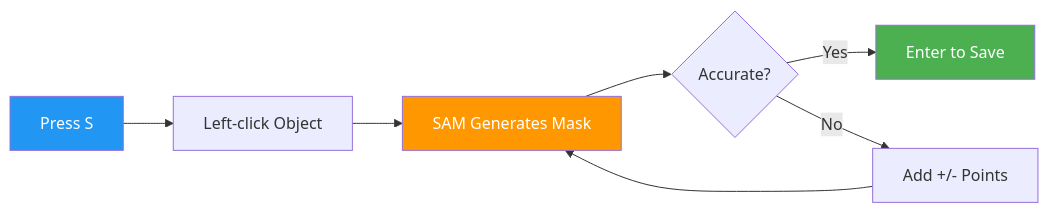
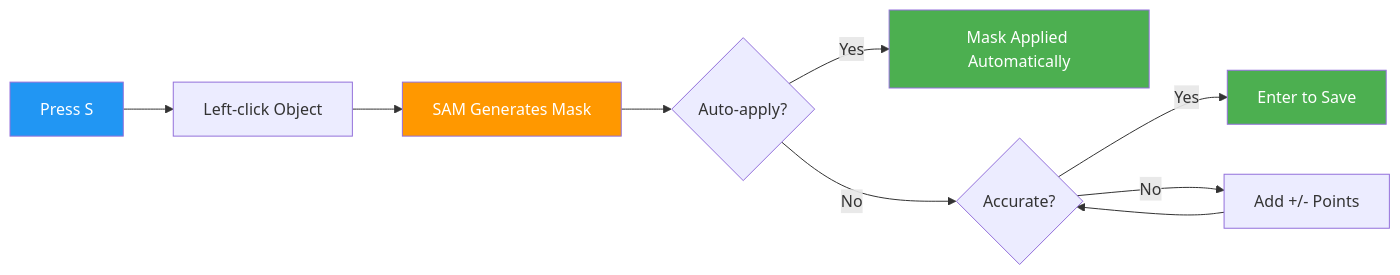
The third of 3 diagrams in docs/en/platform/data/annotation.md (ultralytics/ultralytics), drawn with Mermaid before and after one commit. The commit also changed other lines of this file, not shown here.

````diff
--- a/docs/en/platform/data/annotation.md
+++ b/docs/en/platform/data/annotation.md
@@ -239,13 +239,16 @@
 ```mermaid
 graph LR
     A[Press S] --> B[Left-click Object]
     B --> C[SAM Generates Mask]
-    C --> D{Accurate?}
-    D -->|Yes| E[Enter to Save]
-    D -->|No| F[Add +/- Points]
-    F --> C
+    C --> D{Auto-apply?}
+    D -->|Yes| E[Mask Applied Automatically]
+    D -->|No| F{Accurate?}
+    F -->|Yes| G[Enter to Save]
+    F -->|No| H[Add +/- Points]
+    H --> F
 
     style A fill:#2196F3,color:#fff
     style C fill:#FF9800,color:#fff
     style E fill:#4CAF50,color:#fff
+    style G fill:#4CAF50,color:#fff
 ```
````
